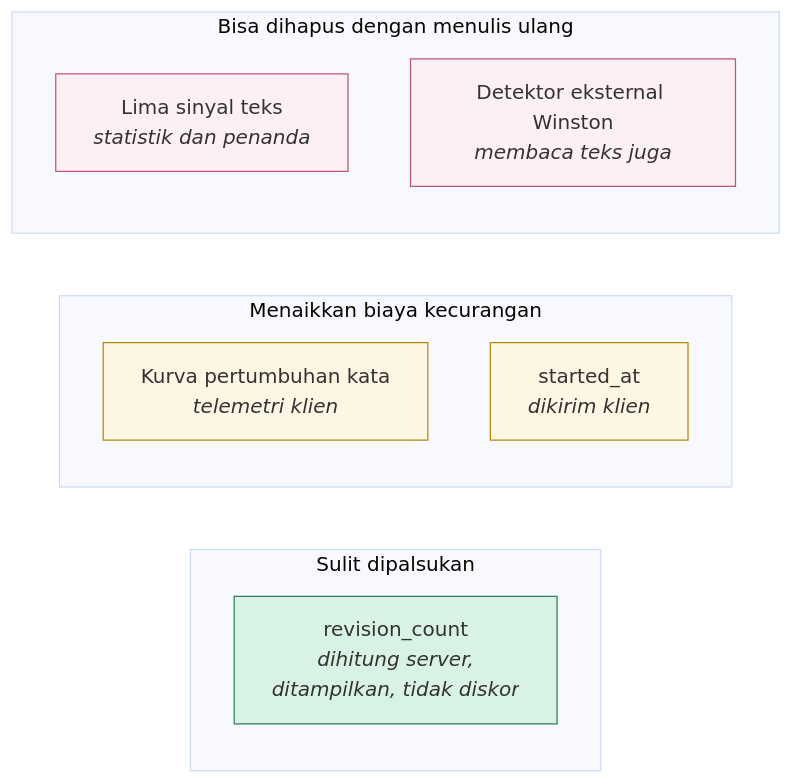
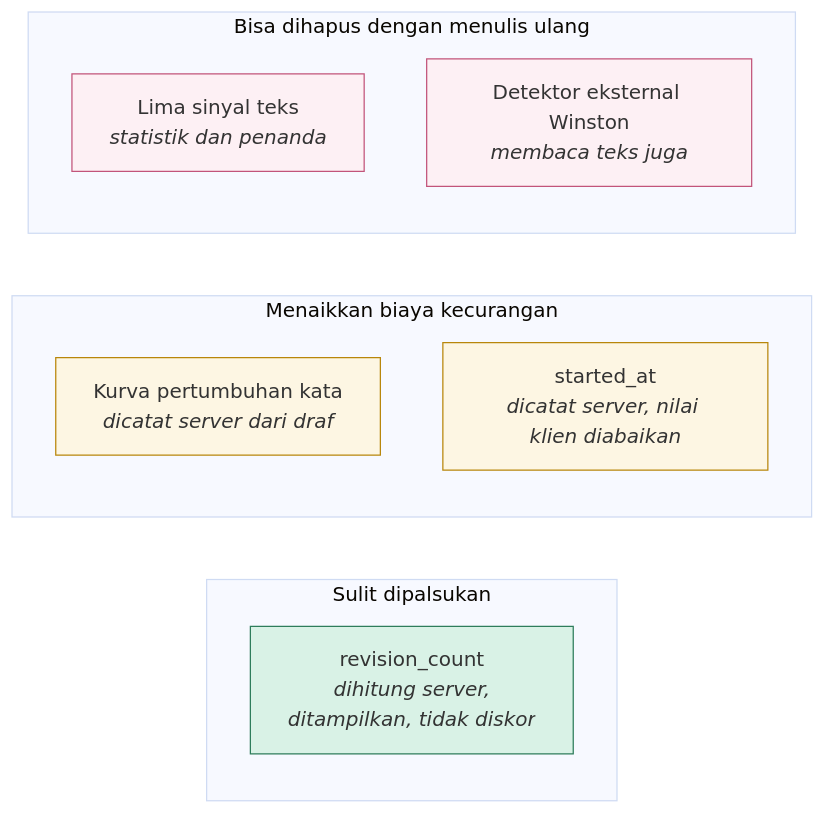
The fourth of 5 diagrams in diagram/04-interaksi-gabungan.md (FadhRach/ThinkPath), drawn with Mermaid (base theme) before and after one commit. The commit also changed other lines of this file and 63 other files, not shown here.

````diff
--- a/diagram/04-interaksi-gabungan.md
+++ b/diagram/04-interaksi-gabungan.md
@@ -131,21 +131,21 @@
 ```mermaid
 flowchart LR
     subgraph K["Sulit dipalsukan"]
         A["revision_count<br/><i>dihitung server,<br/>ditampilkan, tidak diskor</i>"]
     end
     subgraph S["Menaikkan biaya kecurangan"]
-        B["Kurva pertumbuhan kata<br/><i>telemetri klien</i>"]
-        C["started_at<br/><i>dikirim klien</i>"]
+        B["Kurva pertumbuhan kata<br/><i>dicatat server dari draf</i>"]
+        C["started_at<br/><i>dicatat server, nilai klien diabaikan</i>"]
     end
     subgraph L["Bisa dihapus dengan menulis ulang"]
         D["Lima sinyal teks<br/><i>statistik dan penanda</i>"]
         E["Detektor eksternal Winston<br/><i>membaca teks juga</i>"]
     end
 
     classDef kuat fill:#D9F2E6,stroke:#2E7D5B
     classDef sedang fill:#FDF6E3,stroke:#B8860B
     classDef lemah fill:#FDF0F4,stroke:#C2547A
     class A kuat
     class B,C sedang
     class D,E lemah
 ```
````
